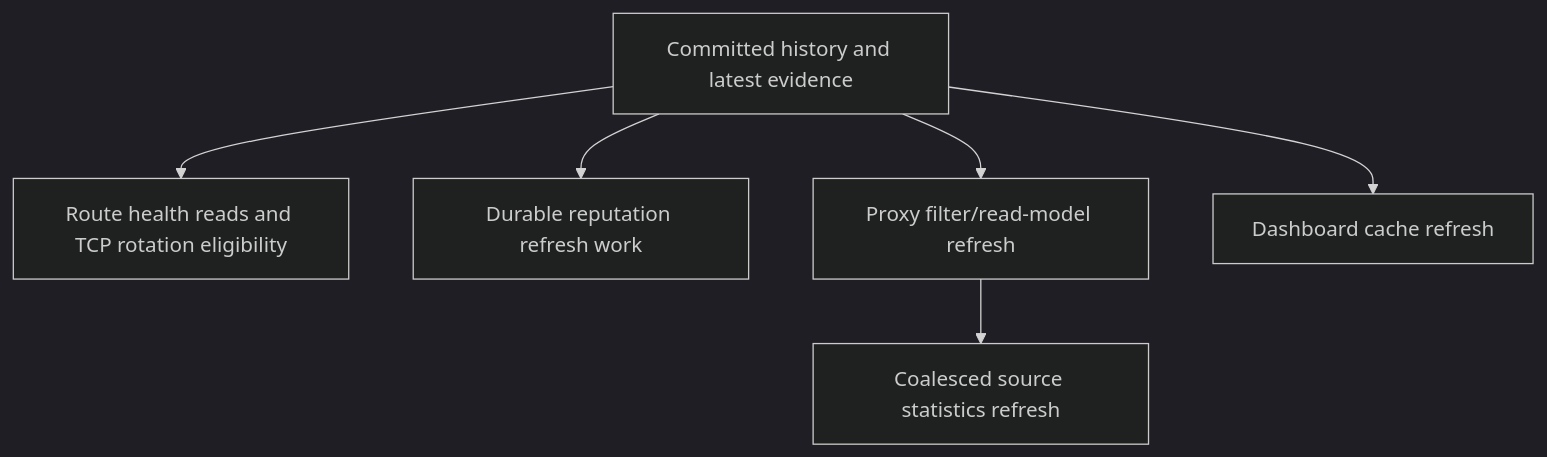
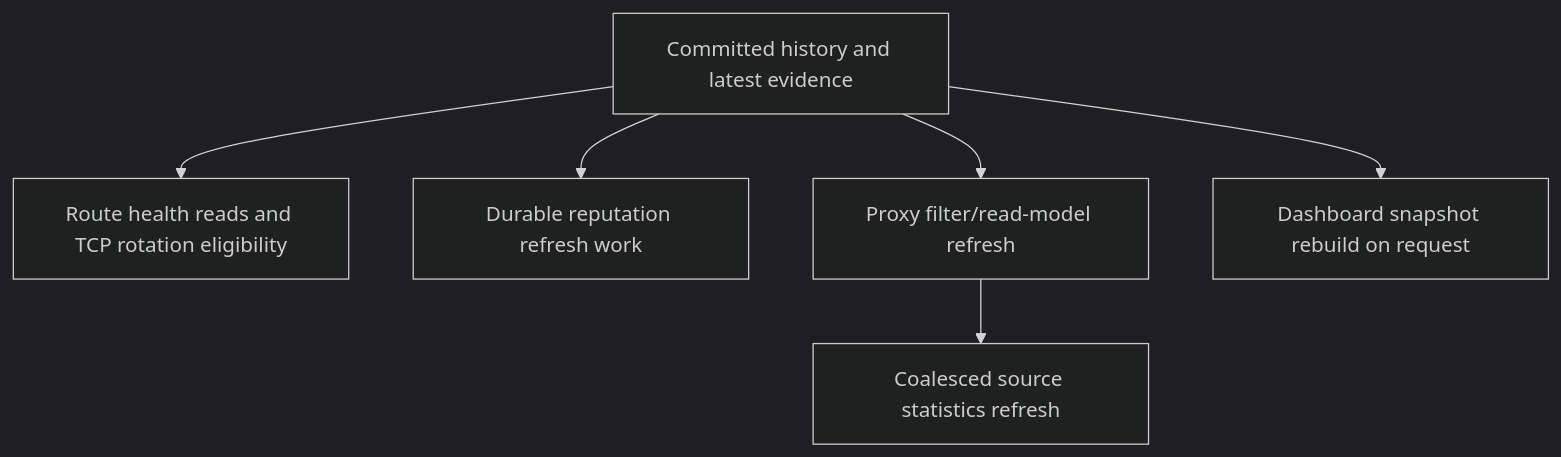
One commit to Magpie-Tools/magpie-docs changed the second of 2 diagrams in docs/backend/results-and-storage.md. Above: the diagram before and after it, drawn with Mermaid (dark theme). The commit also changed other lines of this file and 11 other files, not shown here.

First line of the commit message:
Document dashboard snapshots and the usage-based check figures

````diff
--- a/docs/backend/results-and-storage.md
+++ b/docs/backend/results-and-storage.md
@@ -122,10 +122,10 @@
 ```mermaid
 flowchart TD
     accTitle: Reads after statistics commit
-    accDescr: Committed current evidence supports health and rotation. Reputation, proxy filters, source counts, and dashboard caches refresh asynchronously.
+    accDescr: Committed current evidence supports health and rotation. Reputation, proxy filters and source counts refresh asynchronously; dashboard snapshots rebuild when a request finds them out of date.
     Commit["Committed history and latest evidence"] --> Route["Route health reads and TCP rotation eligibility"]
     Commit --> Rep["Durable reputation refresh work"]
     Commit --> Filters["Proxy filter/read-model refresh"]
     Filters --> Sources["Coalesced source statistics refresh"]
-    Commit --> Dashboard["Dashboard cache refresh"]
+    Commit --> Dashboard["Dashboard snapshot rebuild on request"]
 ```
````
